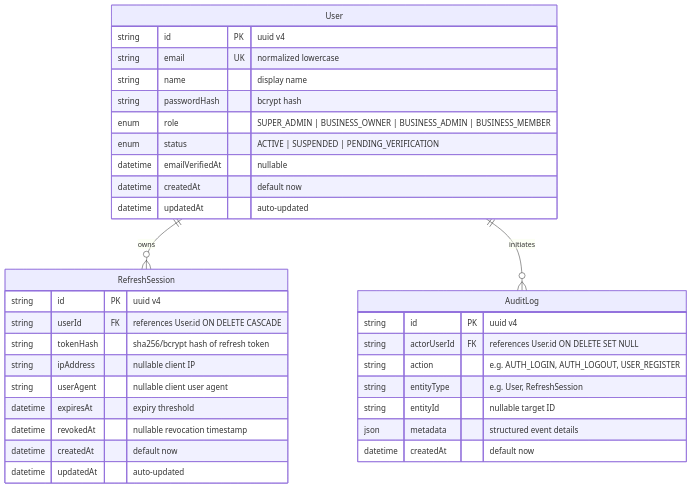
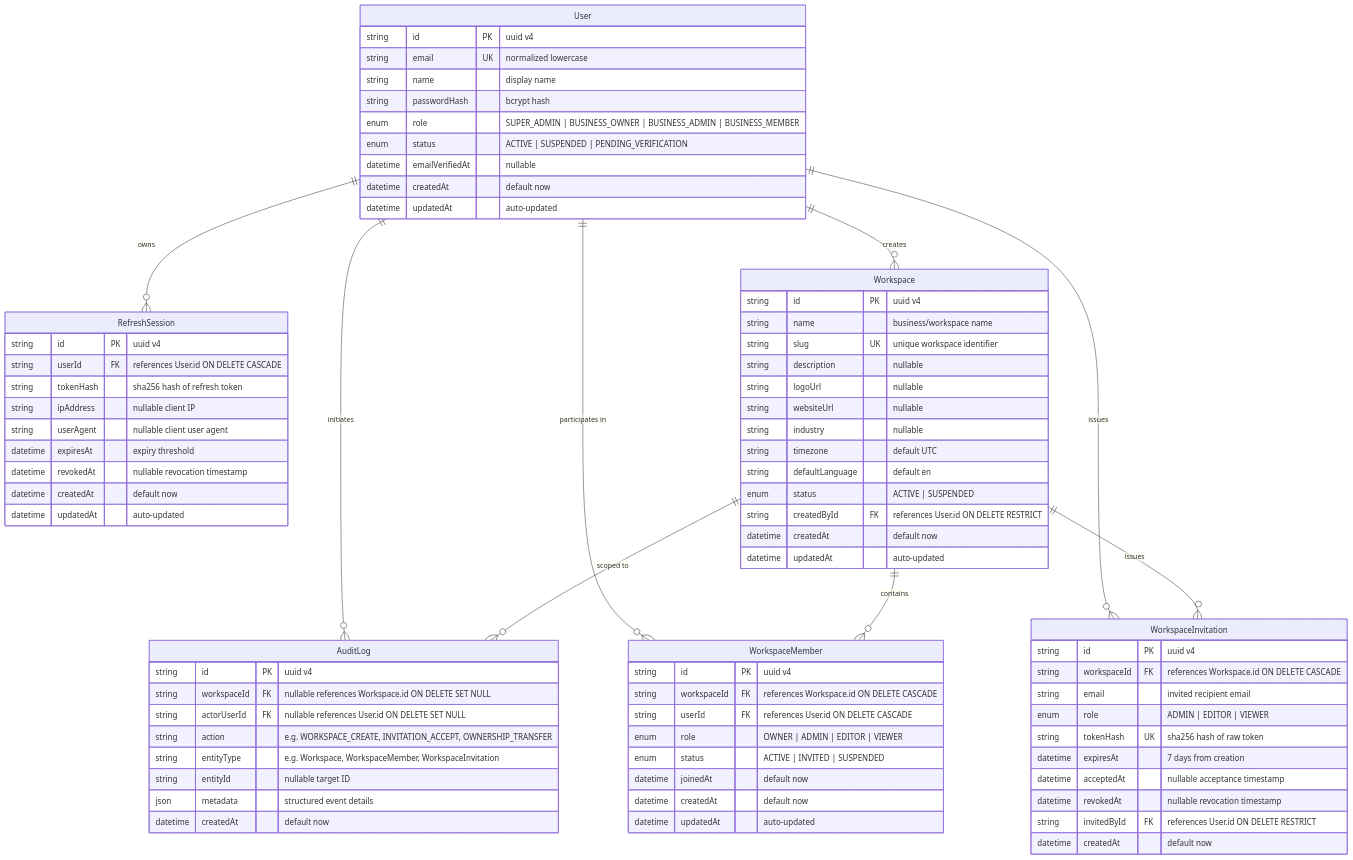
The diagram in docs/DATABASE_DESIGN.md (PARVINDAR77/hootsute), drawn with Mermaid before and after one commit. The commit also changed other lines of this file and 38 other files, not shown here.

```diff
--- a/docs/DATABASE_DESIGN.md
+++ b/docs/DATABASE_DESIGN.md
@@ -6,6 +6,13 @@
 erDiagram
     User ||--o{ RefreshSession : "owns"
     User ||--o{ AuditLog : "initiates"
+    User ||--o{ Workspace : "creates"
+    User ||--o{ WorkspaceMember : "participates in"
+    User ||--o{ WorkspaceInvitation : "issues"
+
+    Workspace ||--o{ WorkspaceMember : "contains"
+    Workspace ||--o{ WorkspaceInvitation : "issues"
+    Workspace ||--o{ AuditLog : "scoped to"
 
     User {
         string id PK "uuid v4"
@@ -22,7 +29,7 @@
     RefreshSession {
         string id PK "uuid v4"
         string userId FK "references User.id ON DELETE CASCADE"
-        string tokenHash "sha256/bcrypt hash of refresh token"
+        string tokenHash "sha256 hash of refresh token"
         string ipAddress "nullable client IP"
         string userAgent "nullable client user agent"
         datetime expiresAt "expiry threshold"
@@ -31,11 +38,52 @@
         datetime updatedAt "auto-updated"
     }
 
+    Workspace {
+        string id PK "uuid v4"
+        string name "business/workspace name"
+        string slug UK "unique workspace identifier"
+        string description "nullable"
+        string logoUrl "nullable"
+        string websiteUrl "nullable"
+        string industry "nullable"
+        string timezone "default UTC"
+        string defaultLanguage "default en"
+        enum status "ACTIVE | SUSPENDED"
+        string createdById FK "references User.id ON DELETE RESTRICT"
+        datetime createdAt "default now"
+        datetime updatedAt "auto-updated"
+    }
+
+    WorkspaceMember {
+        string id PK "uuid v4"
+        string workspaceId FK "references Workspace.id ON DELETE CASCADE"
+        string userId FK "references User.id ON DELETE CASCADE"
+        enum role "OWNER | ADMIN | EDITOR | VIEWER"
+        enum status "ACTIVE | INVITED | SUSPENDED"
+        datetime joinedAt "default now"
+        datetime createdAt "default now"
+        datetime updatedAt "auto-updated"
+    }
+
+    WorkspaceInvitation {
+        string id PK "uuid v4"
+        string workspaceId FK "references Workspace.id ON DELETE CASCADE"
+        string email "invited recipient email"
+        enum role "ADMIN | EDITOR | VIEWER"
+        string tokenHash UK "sha256 hash of raw token"
+        datetime expiresAt "7 days from creation"
+        datetime acceptedAt "nullable acceptance timestamp"
+        datetime revokedAt "nullable revocation timestamp"
+        string invitedById FK "references User.id ON DELETE RESTRICT"
+        datetime createdAt "default now"
+    }
+
     AuditLog {
         string id PK "uuid v4"
-        string actorUserId FK "references User.id ON DELETE SET NULL"
-        string action "e.g. AUTH_LOGIN, AUTH_LOGOUT, USER_REGISTER"
-        string entityType "e.g. User, RefreshSession"
+        string workspaceId FK "nullable references Workspace.id ON DELETE SET NULL"
+        string actorUserId FK "nullable references User.id ON DELETE SET NULL"
+        string action "e.g. WORKSPACE_CREATE, INVITATION_ACCEPT, OWNERSHIP_TRANSFER"
+        string entityType "e.g. Workspace, WorkspaceMember, WorkspaceInvitation"
         string entityId "nullable target ID"
         json metadata "structured event details"
         datetime createdAt "default now"
```
